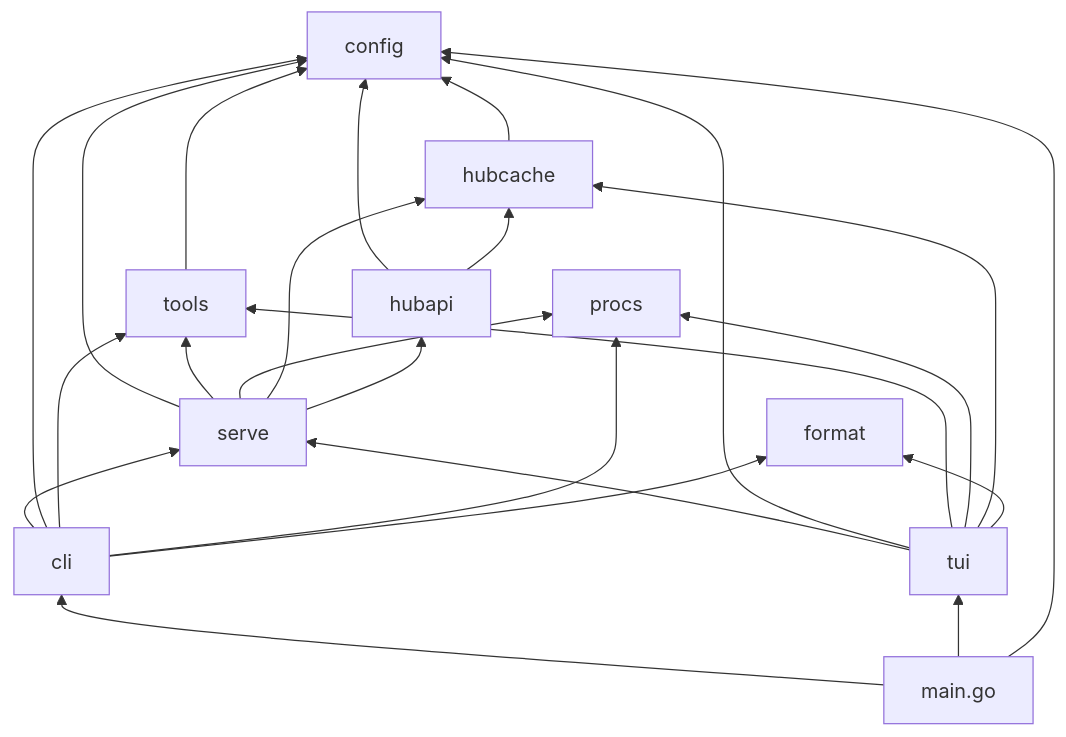
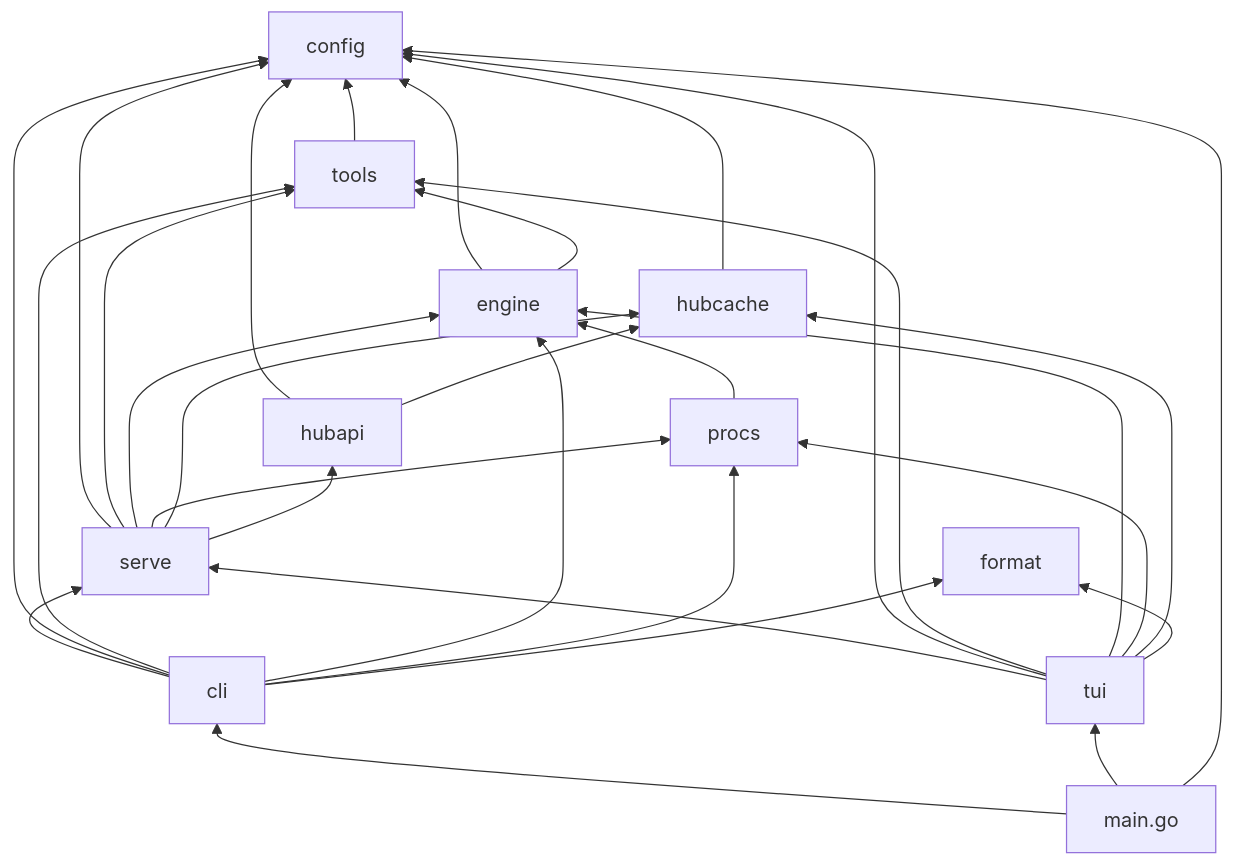
One commit to acdtrx/cria changed the first of 2 diagrams in docs/ARCHITECTURE.md. Above: the diagram before and after it, drawn with Mermaid. The commit also changed other lines of this file and 24 other files, not shown here.

````diff
--- a/docs/ARCHITECTURE.md
+++ b/docs/ARCHITECTURE.md
@@ -41,41 +48,48 @@
 ```mermaid
 graph BT
     config[config]
     format[format]
     procs[procs]
     tools[tools]
+    engine[engine]
     hubcache[hubcache]
     hubapi[hubapi]
     serve[serve]
     cli[cli]
     tui[tui]
     main["main.go"]
 
     tools --> config
+    engine --> config
+    engine --> tools
+    procs --> engine
     hubcache --> config
     hubapi --> config
     hubapi --> hubcache
 
     serve --> config
     serve --> tools
+    serve --> engine
     serve --> procs
     serve --> hubcache
     serve --> hubapi
 
     cli --> serve
     cli --> config
     cli --> tools
+    cli --> engine
     cli --> procs
     cli --> format
 
     tui --> serve
     tui --> config
     tui --> tools
+    tui --> engine
     tui --> procs
     tui --> hubcache
     tui --> format
 
     main --> cli
     main --> tui
     main --> config
 ```
````
